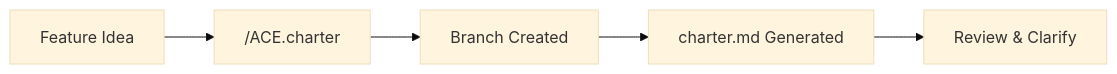
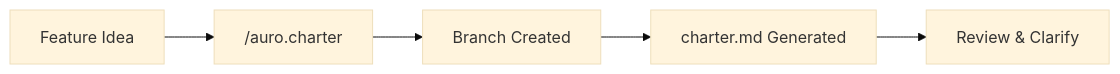
Before and after one commit to ParkWardRR/weekend-to-release: the diagram in src/content/docs/charter/index.md, drawn with Mermaid (base theme). The commit also changed other lines of this file and 33 other files, not shown here.

Commit message:
docs: rebrand as Auro and add scaling + architecture templates

````diff
--- a/src/content/docs/charter/index.md
+++ b/src/content/docs/charter/index.md
@@ -10,7 +10,7 @@
 ```mermaid
 flowchart LR
-    A[Feature Idea] --> B["/ACE.charter"]
+    A[Feature Idea] --> B["/auro.charter"]
     B --> C[Branch Created]
     C --> D[charter.md Generated]
     D --> E[Review & Clarify]
 ```
````
